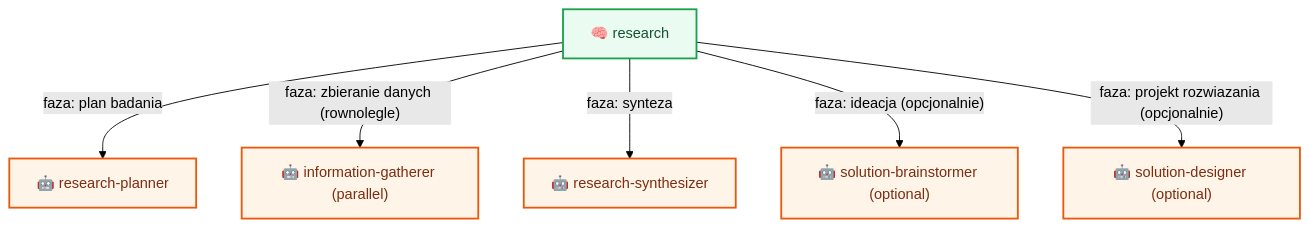
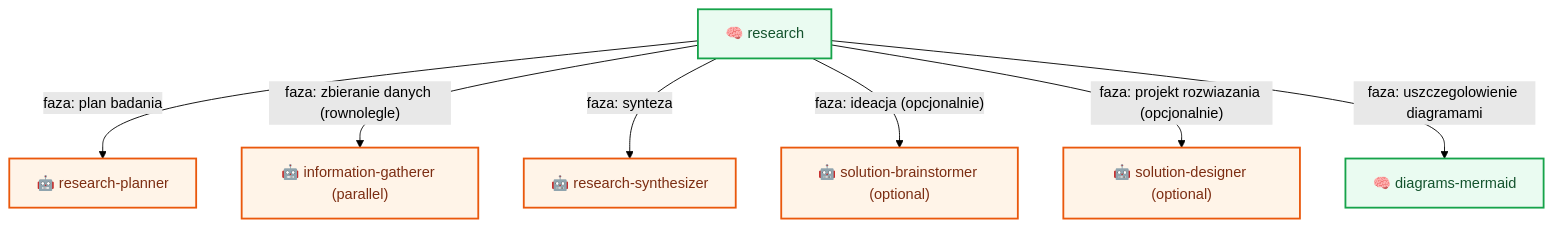
The sixth of 10 diagrams in docs/flow/workflows.md (plucins/flowbit), drawn with Mermaid (forest theme) before and after one commit. The commit also changed other lines of this file and 11 other files, not shown here.

Commit message:
Add Mermaid diagram sections to architecture and overview documentation for enhanced visual clarity

````diff
--- a/docs/flow/workflows.md
+++ b/docs/flow/workflows.md
@@ -150,13 +162,14 @@
 ```mermaid
 graph TD
   RES2["🧠 research"] -- "faza: plan badania" --> RPLAN["🤖 research-planner"]
   RES2 -- "faza: zbieranie danych (rownolegle)" --> GATHER_R["🤖 information-gatherer (parallel)"]
   RES2 -- "faza: synteza" --> SYN_R["🤖 research-synthesizer"]
   RES2 -- "faza: ideacja (opcjonalnie)" --> BRAIN_R["🤖 solution-brainstormer (optional)"]
   RES2 -- "faza: projekt rozwiazania (opcjonalnie)" --> DESIGN_R["🤖 solution-designer (optional)"]
+  RES2 -- "faza: uszczegolowienie diagramami" --> DIAG_R["🧠 diagrams-mermaid"]
 
   classDef skill fill:#EAFBF1,stroke:#16A34A,stroke-width:2px,color:#14532D;
   classDef agent fill:#FFF4E8,stroke:#EA580C,stroke-width:2px,color:#7C2D12;
-  class RES2 skill;
+  class RES2,DIAG_R skill;
   class RPLAN,GATHER_R,SYN_R,BRAIN_R,DESIGN_R agent;
 ```
````
